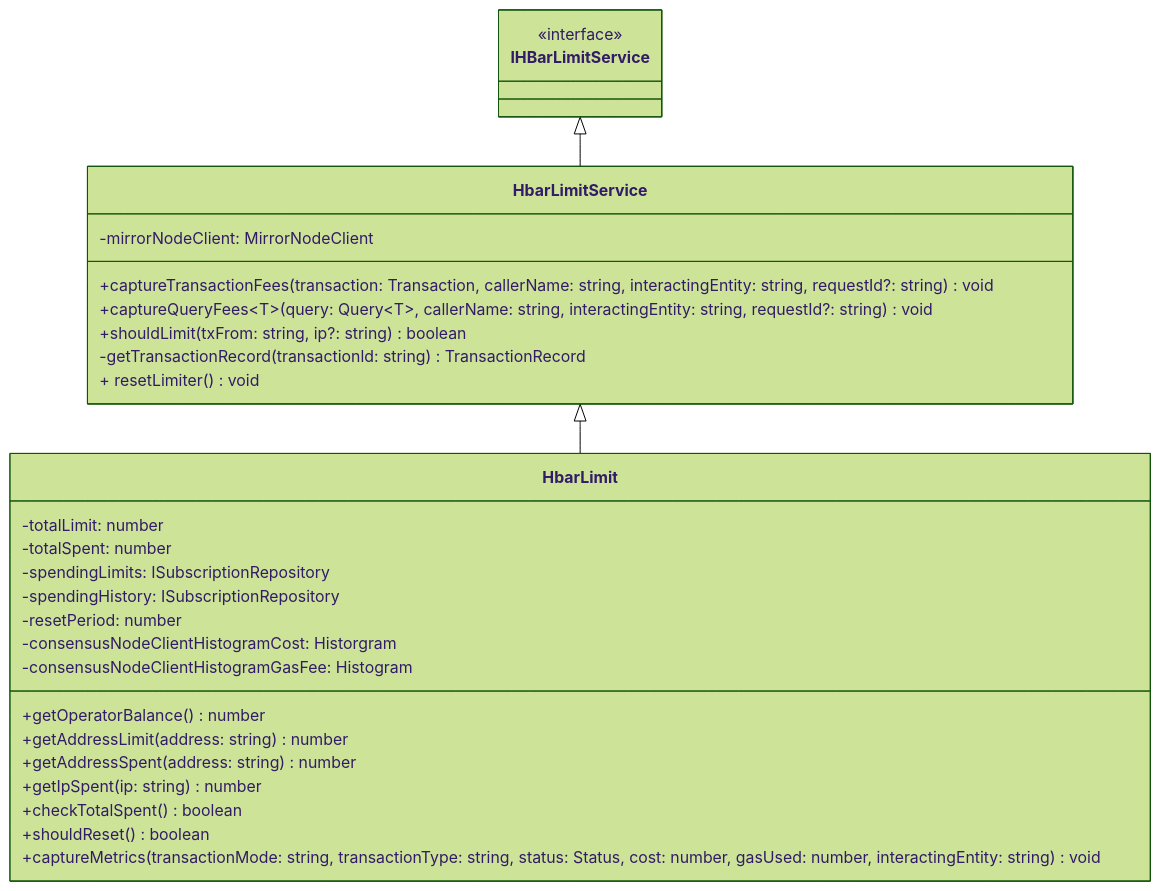
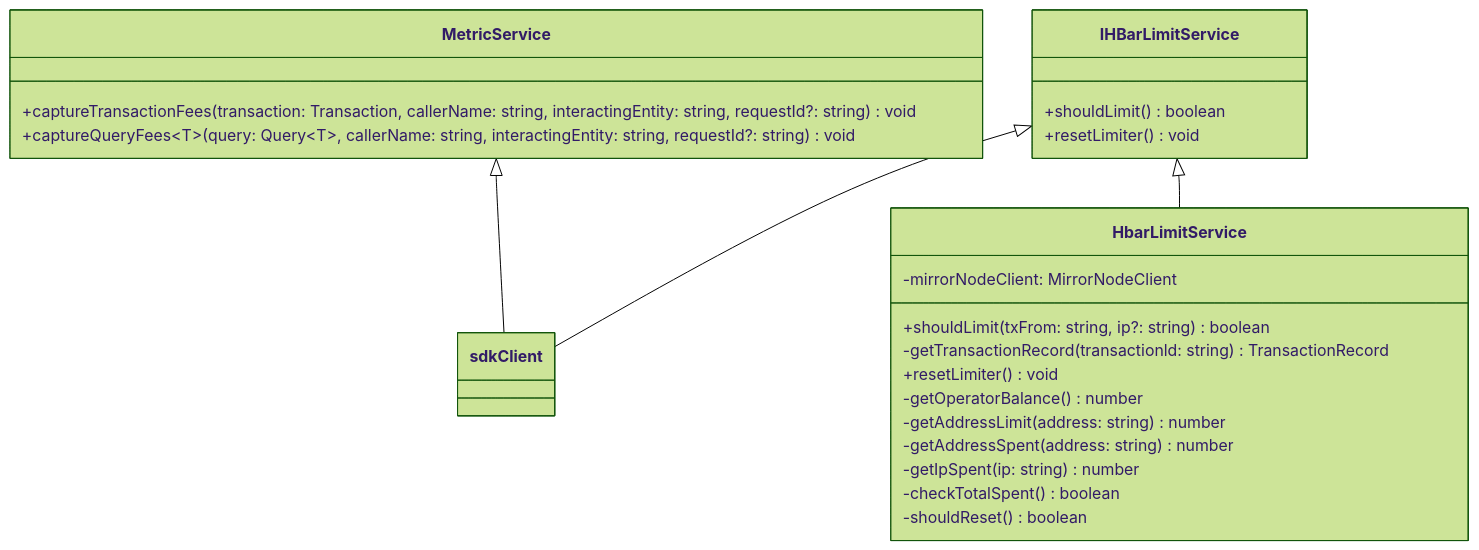
Before and after one commit to hashgraph/hedera-json-rpc-relay: the diagram in docs/design/hbar-limiter.md, drawn with Mermaid (forest theme).

Commit message:
Adds MetricService to new design

````diff
--- a/docs/design/hbar-limiter.md
+++ b/docs/design/hbar-limiter.md
@@ -58,36 +58,31 @@
 ```mermaid
 classDiagram
-    class IHBarLimitService {
-        <<interface>>
+    class sdkClient
+
+    class MetricService {
+      +captureTransactionFees(transaction: Transaction, callerName: string, interactingEntity: string, requestId?: string) void
+      +captureQueryFees~T~(query: Query~T~, callerName: string, interactingEntity: string, requestId?: string) void
+    }
+
+    MetricService <|-- sdkClient
+
+    class HbarLimitService {
+        -mirrorNodeClient: MirrorNodeClient
+        +shouldLimit(txFrom: string, ip?: string) boolean
+        -getTransactionRecord(transactionld: string) TransactionRecord
+        +resetLimiter() void
+        -getOperatorBalance() number
+        -getAddressLimit(address: string) number
+        -getAddressSpent(address: string) number
+        -getIpSpent(ip: string) number
+        -checkTotalSpent() boolean
+        -shouldReset() boolean
     }
     
-    class HbarLimitService {
-        -mirrorNodeClient: MirrorNodeClient
-        +captureTransactionFees(transaction: Transaction, callerName: string, interactingEntity: string, requestId?: string) void
-        +captureQueryFees~T~(query: Query~T~, callerName: string, interactingEntity: string, requestId?: string) void
-        +shouldLimit(txFrom: string, ip?: string) boolean
-        -getTransactionRecord(transactionld: string) TransactionRecord 
-        + resetLimiter() void
+    class IHBarLimitService {
+      +shouldLimit() boolean
+      +resetLimiter() void
     }
-    
+    IHBarLimitService <|-- sdkClient
     IHBarLimitService <|-- HbarLimitService
-
-    class HbarLimit {
-        -totalLimit: number
-        -totalSpent: number
-        -spendingLimits: ISubscriptionRepository
-        -spendingHistory: ISubscriptionRepository
-        -resetPeriod: number
-        -consensusNodeClientHistogramCost: Historgram
-        -consensusNodeClientHistogramGasFee: Histogram
-        +getOperatorBalance() number
-        +getAddressLimit(address: string) number
-        +getAddressSpent(address: string) number
-        +getIpSpent(ip: string) number
-        +checkTotalSpent() boolean
-        +shouldReset() boolean
-        +captureMetrics(transactionMode: string, transactionType: string, status: Status, cost: number, gasUsed: number, interactingEntity: string) void
-    }
-
-    HbarLimitService <|-- HbarLimit
 ```
````
